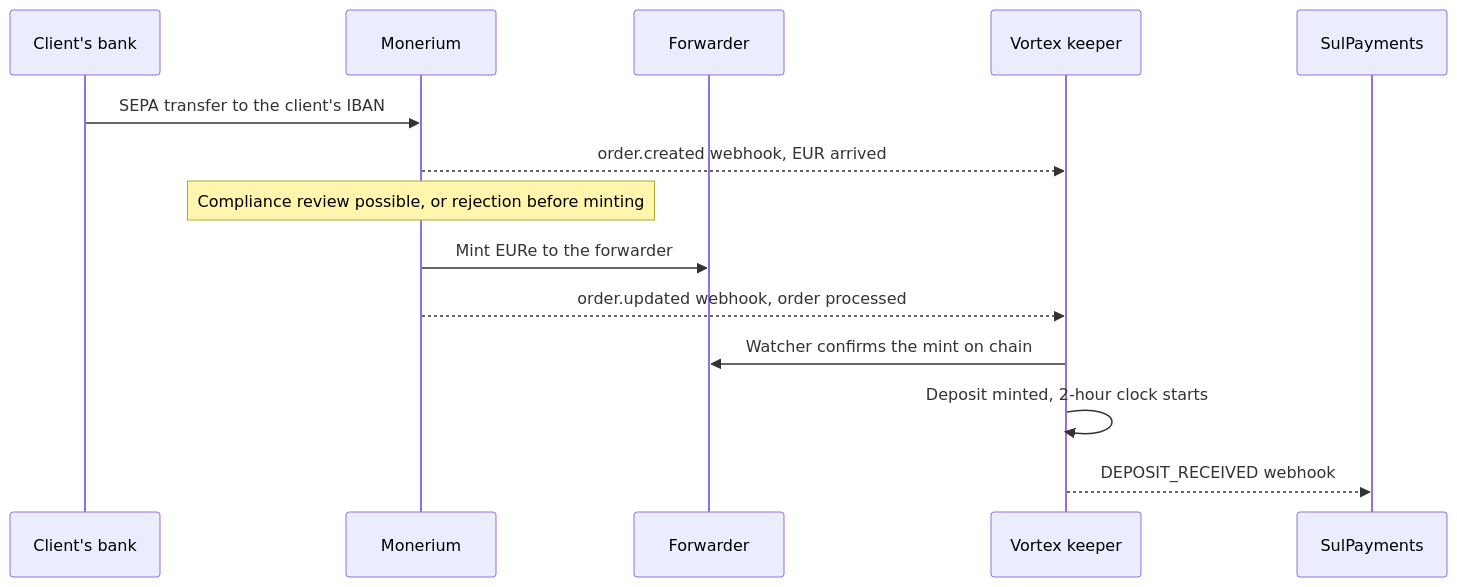
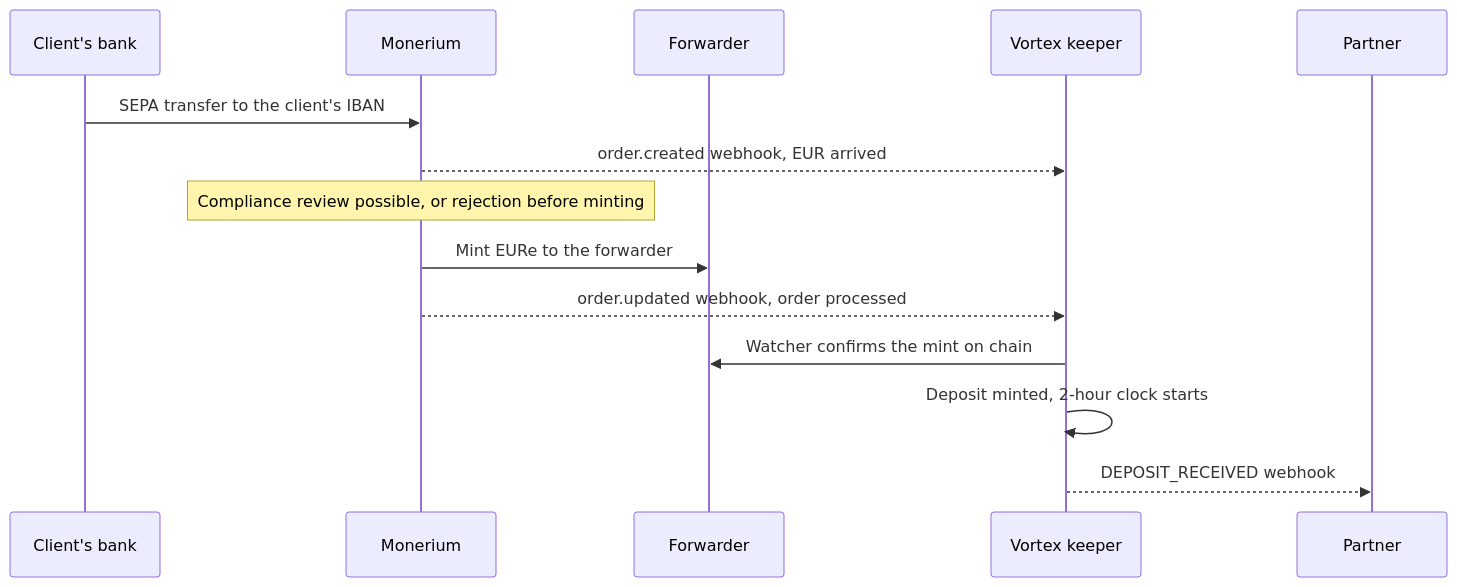
Before and after one commit to pendulum-chain/vortex: the third of 6 diagrams in docs/product-monerium-b2b-flow.md, drawn with Mermaid. The commit also changed other lines of this file and 50 other files, not shown here.

````diff
--- a/docs/product-monerium-b2b-flow.md
+++ b/docs/product-monerium-b2b-flow.md
@@ -246,17 +251,17 @@
 ```mermaid
 sequenceDiagram
     participant B as Client's bank
     participant M as Monerium
     participant F as Forwarder
     participant V as Vortex keeper
-    participant SP as SulPayments
+    participant P as Partner
 
     B->>M: SEPA transfer to the client's IBAN
     M-->>V: order.created webhook, EUR arrived
     Note over M: Compliance review possible, or rejection before minting
     M->>F: Mint EURe to the forwarder
     M-->>V: order.updated webhook, order processed
     V->>F: Watcher confirms the mint on chain
     V->>V: Deposit minted, 2-hour clock starts
-    V-->>SP: DEPOSIT_RECEIVED webhook
+    V-->>P: DEPOSIT_RECEIVED webhook
 ```
````
